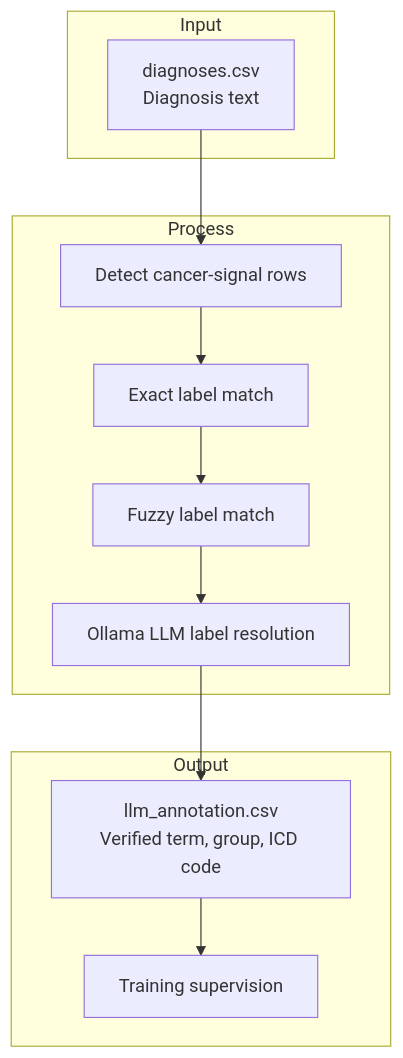
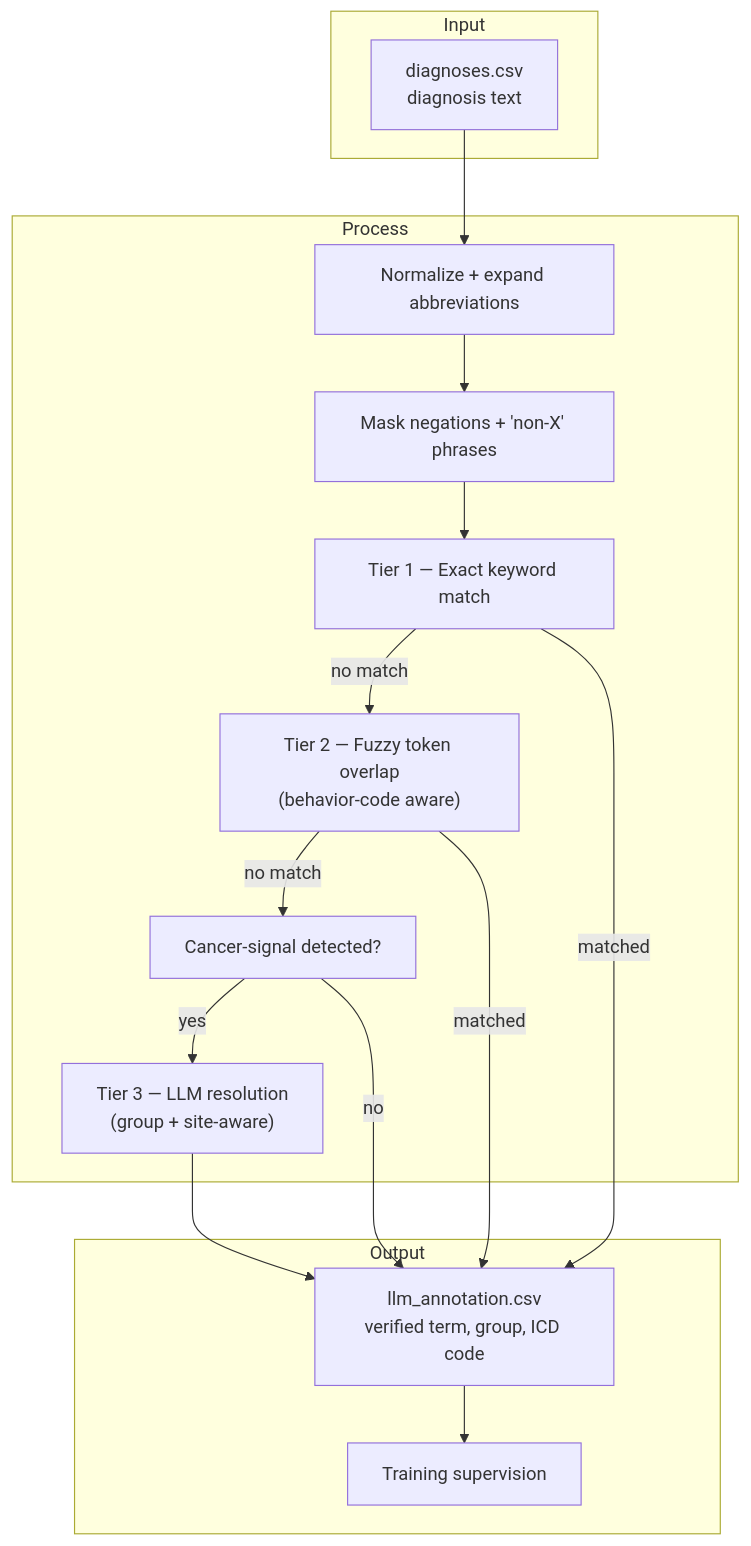
Before and after one commit to YugrajD/UC-Davis-VMTH-Cancer-Registry: the diagram in ml/documentation/label-annotation.md, drawn with Mermaid. The commit also changed other lines of this file and 73 other files, not shown here.

````diff
--- a/ml/documentation/label-annotation.md
+++ b/ml/documentation/label-annotation.md
@@ -60,25 +31,30 @@
 ```mermaid
 flowchart TD
-    subgraph IN1["Input"]
-        A["diagnoses.csv<br/>Diagnosis text"]
+    subgraph IN["Input"]
+        A["diagnoses.csv<br/>diagnosis text"]
     end
 
-    subgraph P1["Process"]
-        B["Detect cancer-signal rows"]
-        C["Exact label match"]
-        D["Fuzzy label match"]
-        E["Ollama LLM label resolution"]
+    subgraph P["Process"]
+        N["Normalize + expand abbreviations"]
+        M["Mask negations + 'non-X' phrases"]
+        T1["Tier 1 — Exact keyword match"]
+        T2["Tier 2 — Fuzzy token overlap<br/>(behavior-code aware)"]
+        SIG["Cancer-signal detected?"]
+        T3["Tier 3 — LLM resolution<br/>(group + site-aware)"]
     end
 
-    subgraph OUT1["Output"]
-        F["llm_annotation.csv<br/>Verified term, group, ICD code"]
+    subgraph OUT["Output"]
+        F["llm_annotation.csv<br/>verified term, group, ICD code"]
         G["Training supervision"]
     end
 
-    A --> B
-    B --> C
-    C --> D
-    D --> E
-    E --> F
+    A --> N --> M --> T1
+    T1 -->|no match| T2
+    T2 -->|no match| SIG
+    SIG -->|yes| T3
+    T3 --> F
+    T1 -->|matched| F
+    T2 -->|matched| F
+    SIG -->|no| F
     F --> G
 ```
````
